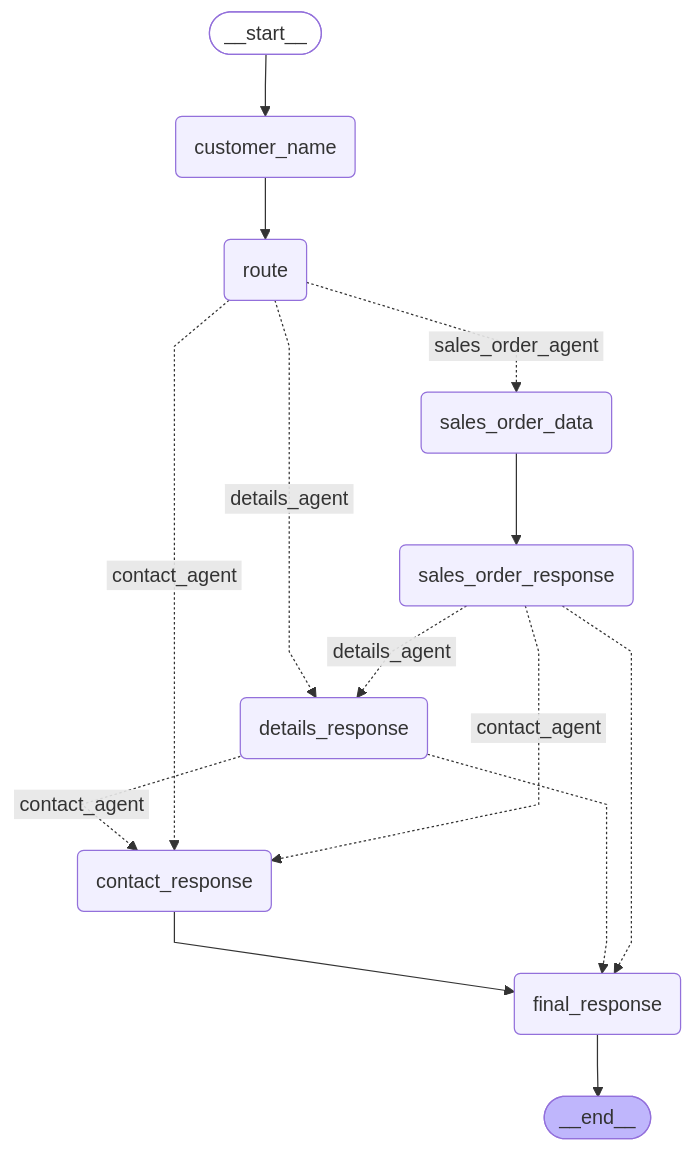
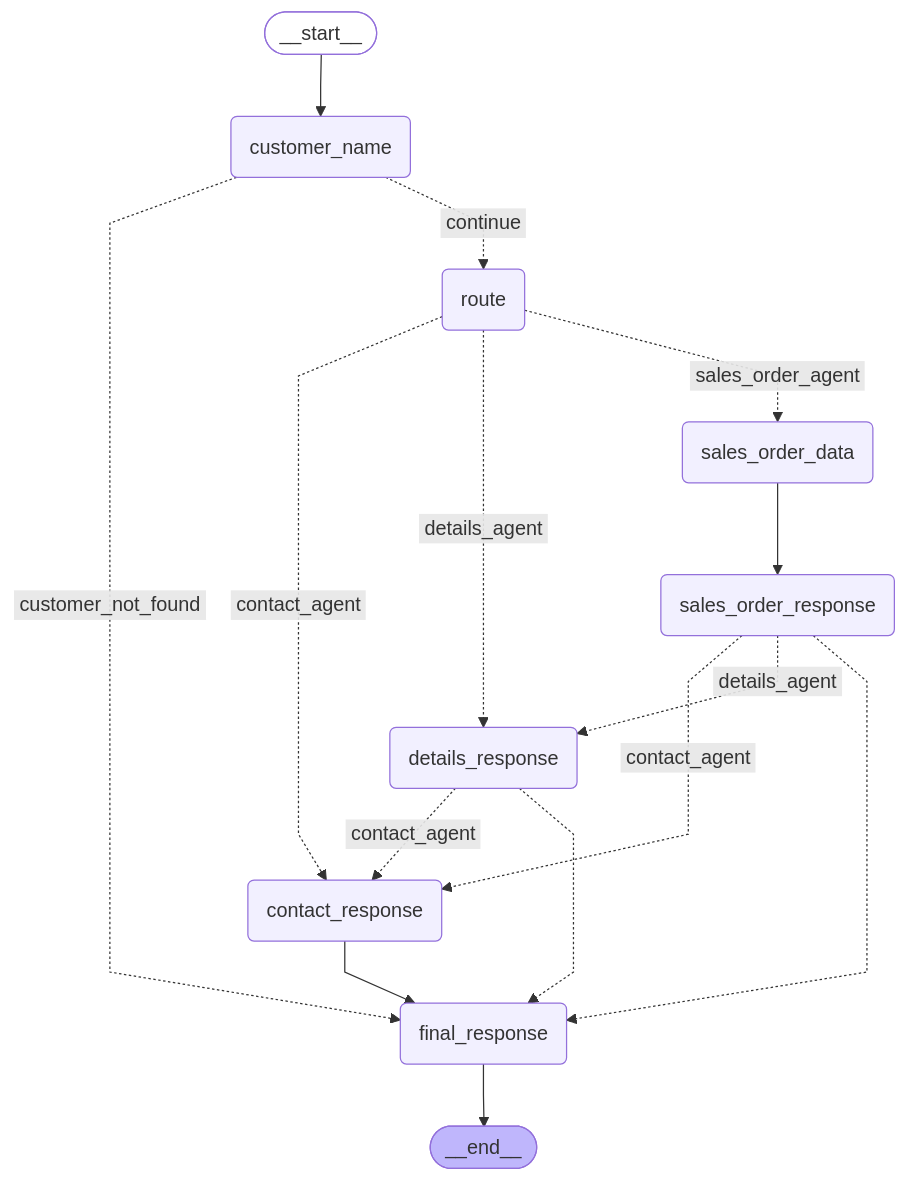
The diagram in README.md (pardeepai/ai-erpnext-assistant), drawn with Mermaid before and after one commit. The commit also changed other lines of this file, not shown here.

Commit message:
Update workflow mermaid diagram in README

````diff
--- a/README.md
+++ b/README.md
@@ -130,33 +130,34 @@
 ```mermaid
 ---
 config:
   flowchart:
     curve: linear
 ---
 graph TD;
         __start__([<p>__start__</p>]):::first
         customer_name(customer_name)
         route(route)
         details_response(details_response)
         contact_response(contact_response)
         sales_order_data(sales_order_data)
         sales_order_response(sales_order_response)
         final_response(final_response)
         __end__([<p>__end__</p>]):::last
         __start__ --> customer_name;
         contact_response --> final_response;
-        customer_name --> route;
+        customer_name -. &nbsp;customer_not_found&nbsp; .-> final_response;
+        customer_name -. &nbsp;continue&nbsp; .-> route;
         details_response -. &nbsp;contact_agent&nbsp; .-> contact_response;
         details_response -.-> final_response;
         route -. &nbsp;contact_agent&nbsp; .-> contact_response;
         route -. &nbsp;details_agent&nbsp; .-> details_response;
         route -. &nbsp;sales_order_agent&nbsp; .-> sales_order_data;
         sales_order_data --> sales_order_response;
         sales_order_response -. &nbsp;contact_agent&nbsp; .-> contact_response;
         sales_order_response -. &nbsp;details_agent&nbsp; .-> details_response;
         sales_order_response -.-> final_response;
         final_response --> __end__;
         classDef default fill:#f2f0ff,line-height:1.2
         classDef first fill-opacity:0
         classDef last fill:#bfb6fc
 ```
````
